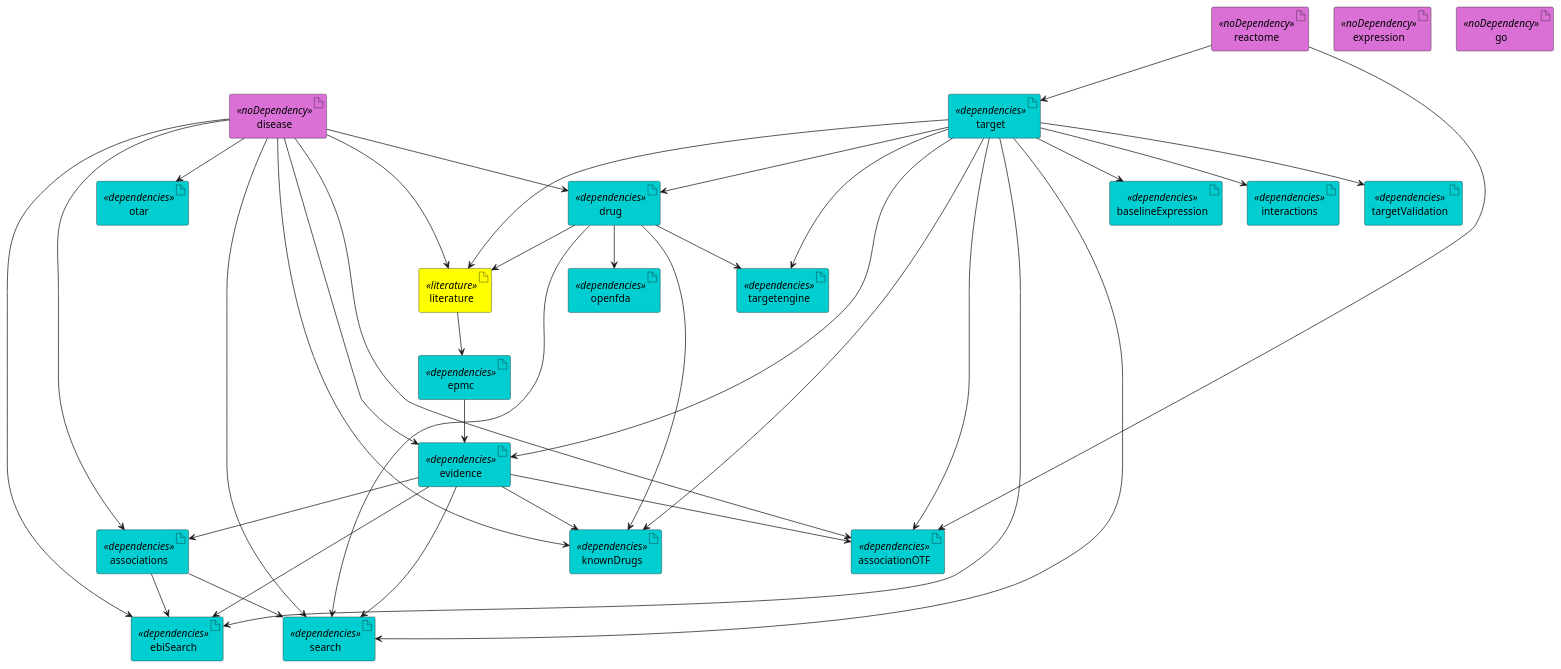
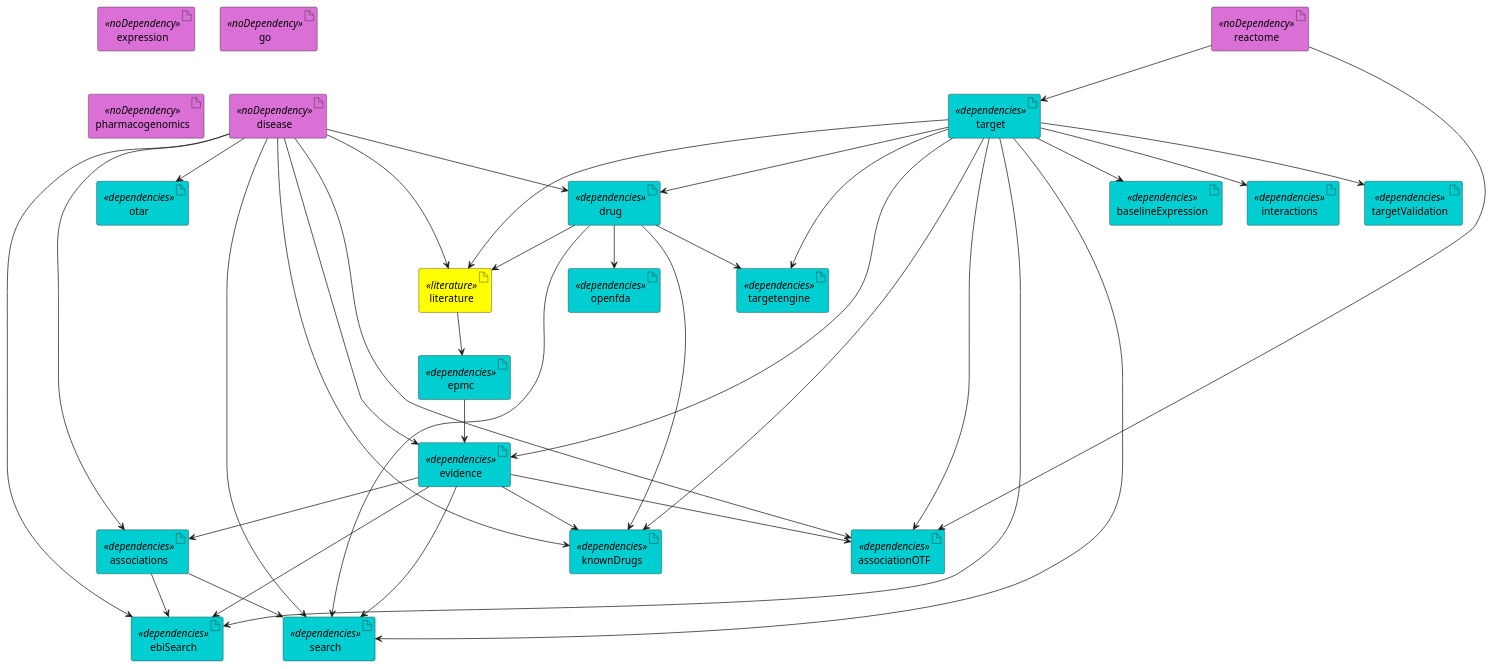
The diagram in documentation/etl_current.puml (opentargets/platform-etl-backend), drawn with PlantUML before and after one commit. The commit also changed 6 other files, not shown here.

```diff
--- a/documentation/etl_current.puml
+++ b/documentation/etl_current.puml
@@ -1,79 +1,80 @@
 @startuml
 skinparam interface {
     backgroundColor<<input>> darkblue
     backgroundColor<<output>> cyan
 }
 skinparam artifact {
      backgroundColor<<noDependency>> orchid
      backgroundColor<<dependencies>> darkturquoise
      backgroundColor<<literature>> yellow
  }
 ' steps
 artifact literature <<literature>>
 artifact associations <<dependencies>>
 artifact associationOTF <<dependencies>>
 artifact disease <<noDependency>>
 artifact drug <<dependencies>>
 artifact epmc <<dependencies>>
 artifact evidence <<dependencies>>
 artifact expression <<noDependency>>
 artifact baselineExpression <<dependencies>>
 artifact go <<noDependency>>
 artifact interactions <<dependencies>>
 artifact knownDrugs <<dependencies>>
 artifact targetValidation<<dependencies>>
 artifact reactome <<noDependency>>
 artifact search <<dependencies>>
 artifact target <<dependencies>>
 artifact openfda <<dependencies>>
 artifact ebiSearch <<dependencies>>
 artifact otar <<dependencies>>
 artifact targetengine <<dependencies>>
+artifact pharmacogenomics <<noDependency>>
 
 disease --> otar
 reactome --> target
 
 evidence --> associations
 disease --> associations
 
 reactome --> associationOTF
 evidence --> associationOTF
 disease --> associationOTF
 target --> associationOTF
 
 target --> drug
 disease --> drug
 target --> evidence
 disease --> evidence
 
 evidence --> knownDrugs
 disease --> knownDrugs
 target --> knownDrugs
 drug --> knownDrugs
 
 evidence --> search
 disease --> search
 target --> search
 drug --> search
 associations --> search
 
 target --> interactions
 target --> targetengine
 target --> targetValidation
 
 target --> baselineExpression
 
 drug --> openfda
 drug --> targetengine
 
 disease --> ebiSearch
 target --> ebiSearch
 evidence --> ebiSearch
 associations --> ebiSearch
 
 epmc --> evidence
 literature --> epmc
 target --> literature
 drug --> literature
 disease --> literature
 @enduml
```
